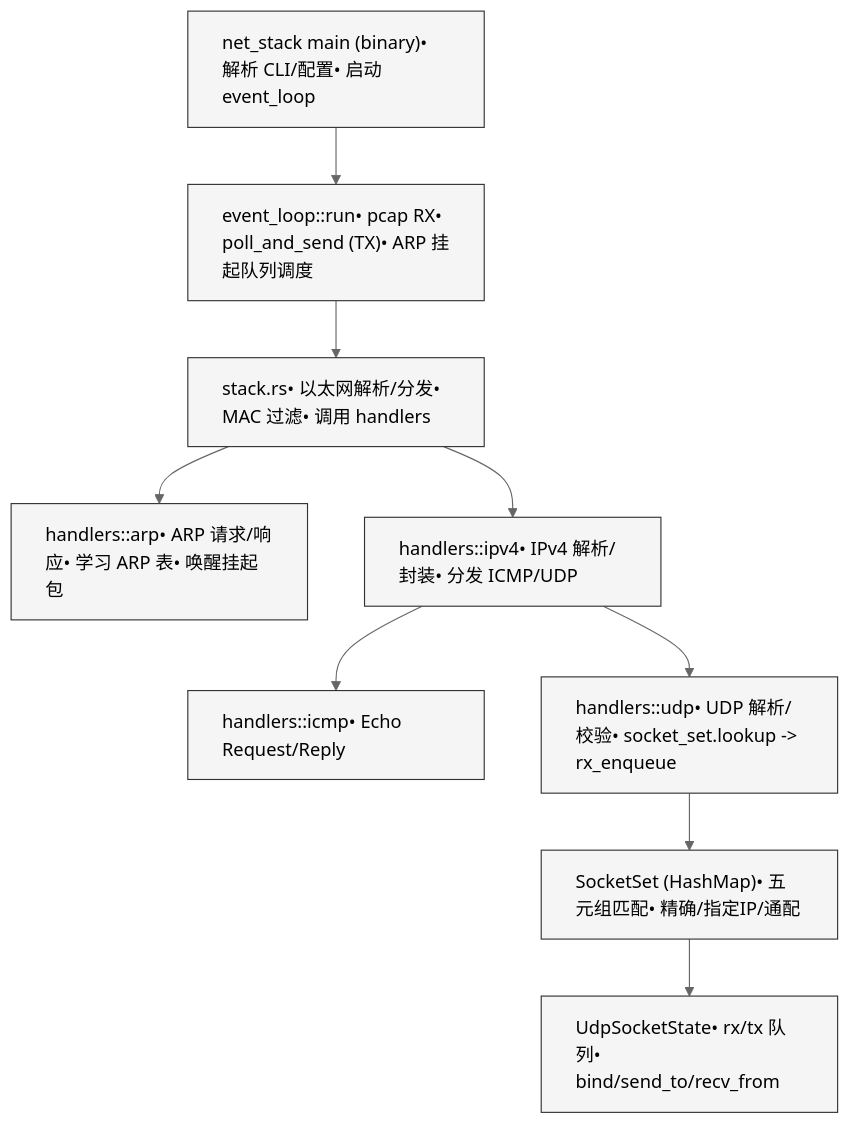
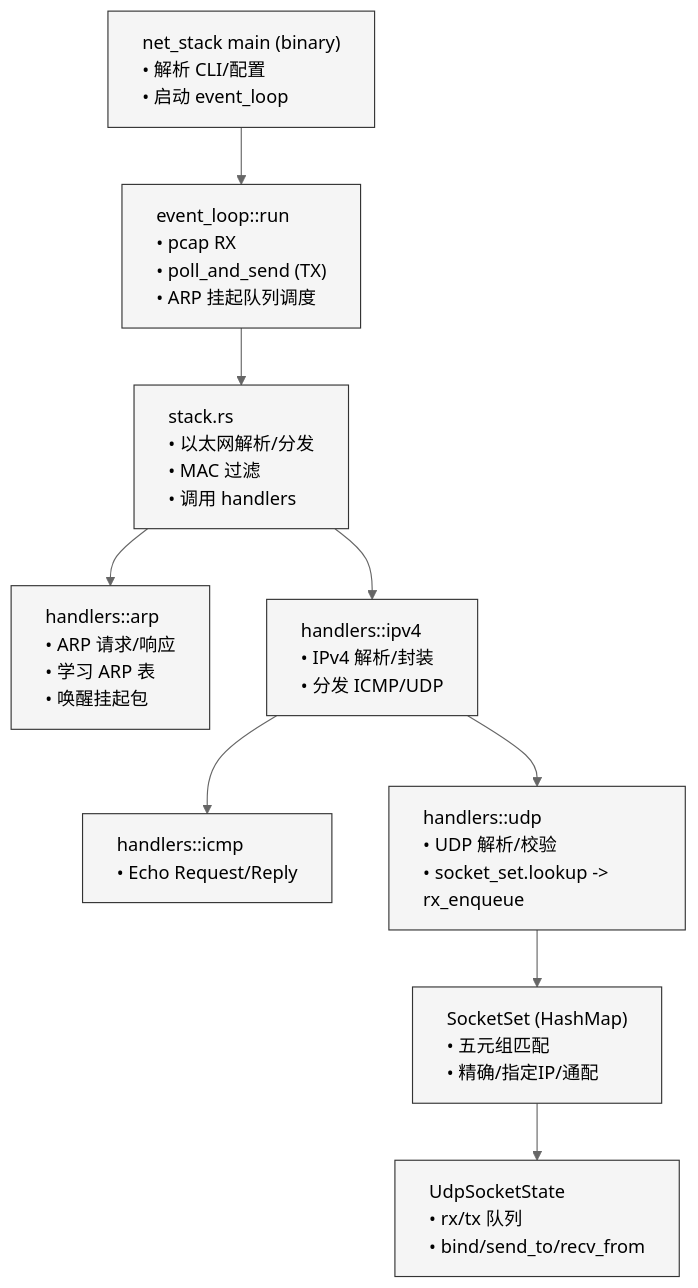
The second of 2 diagrams in log/2025-12-13-changelog.md (rrrrrzy/rNetwork), drawn with Mermaid (neutral theme) before and after one commit. The commit also changed other lines of this file and 5 other files, not shown here.

Commit message:
remove unused reliance of some file edit changelog's framwork mermaid

````diff
--- a/log/2025-12-13-changelog.md
+++ b/log/2025-12-13-changelog.md
@@ -22,26 +60,26 @@
 ```mermaid
 graph TD
 	classDef box fill:#f5f5f5,stroke:#333,stroke-width:1px,text-align:left;
 
-	Main["net_stack main (binary)• 解析 CLI/配置• 启动 event_loop"]
-	Loop["event_loop::run• pcap RX• poll_and_send (TX)• ARP 挂起队列调度"]
-	Stack["stack.rs• 以太网解析/分发• MAC 过滤• 调用 handlers"]
+	Main["net_stack main (binary)<br>• 解析 CLI/配置<br>• 启动 event_loop"]
+	Loop["event_loop::run<br>• pcap RX<br>• poll_and_send (TX)<br>• ARP 挂起队列调度"]
+	Stack["stack.rs<br>• 以太网解析/分发<br>• MAC 过滤<br>• 调用 handlers"]
 
-	ARP["handlers::arp• ARP 请求/响应• 学习 ARP 表• 唤醒挂起包"]
-	IPv4["handlers::ipv4• IPv4 解析/封装• 分发 ICMP/UDP"]
-	ICMP["handlers::icmp• Echo Request/Reply"]
-	UDPH["handlers::udp• UDP 解析/校验• socket_set.lookup -> rx_enqueue"]
+	ARP["handlers::arp<br>• ARP 请求/响应<br>• 学习 ARP 表<br>• 唤醒挂起包"]
+	IPv4["handlers::ipv4<br>• IPv4 解析/封装<br>• 分发 ICMP/UDP"]
+	ICMP["handlers::icmp<br>• Echo Request/Reply"]
+	UDPH["handlers::udp<br>• UDP 解析/校验<br>• socket_set.lookup -> rx_enqueue"]
 
-	Sockets["SocketSet (HashMap<SocketHandle, Socket>)• 五元组匹配• 精确/指定IP/通配"]
-	UdpState["UdpSocketState• rx/tx 队列• bind/send_to/recv_from"]
+	Sockets["SocketSet (HashMap<SocketHandle, Socket>)<br>• 五元组匹配<br>• 精确/指定IP/通配"]
+	UdpState["UdpSocketState<br>• rx/tx 队列<br>• bind/send_to/recv_from"]
 
 	Main --> Loop --> Stack
 	Stack --> ARP
 	Stack --> IPv4
 	IPv4 --> ICMP
 	IPv4 --> UDPH
 	UDPH --> Sockets
 	Sockets --> UdpState
 
 	class Main,Loop,Stack,ARP,IPv4,ICMP,UDPH,Sockets,UdpState box
 ```
````
